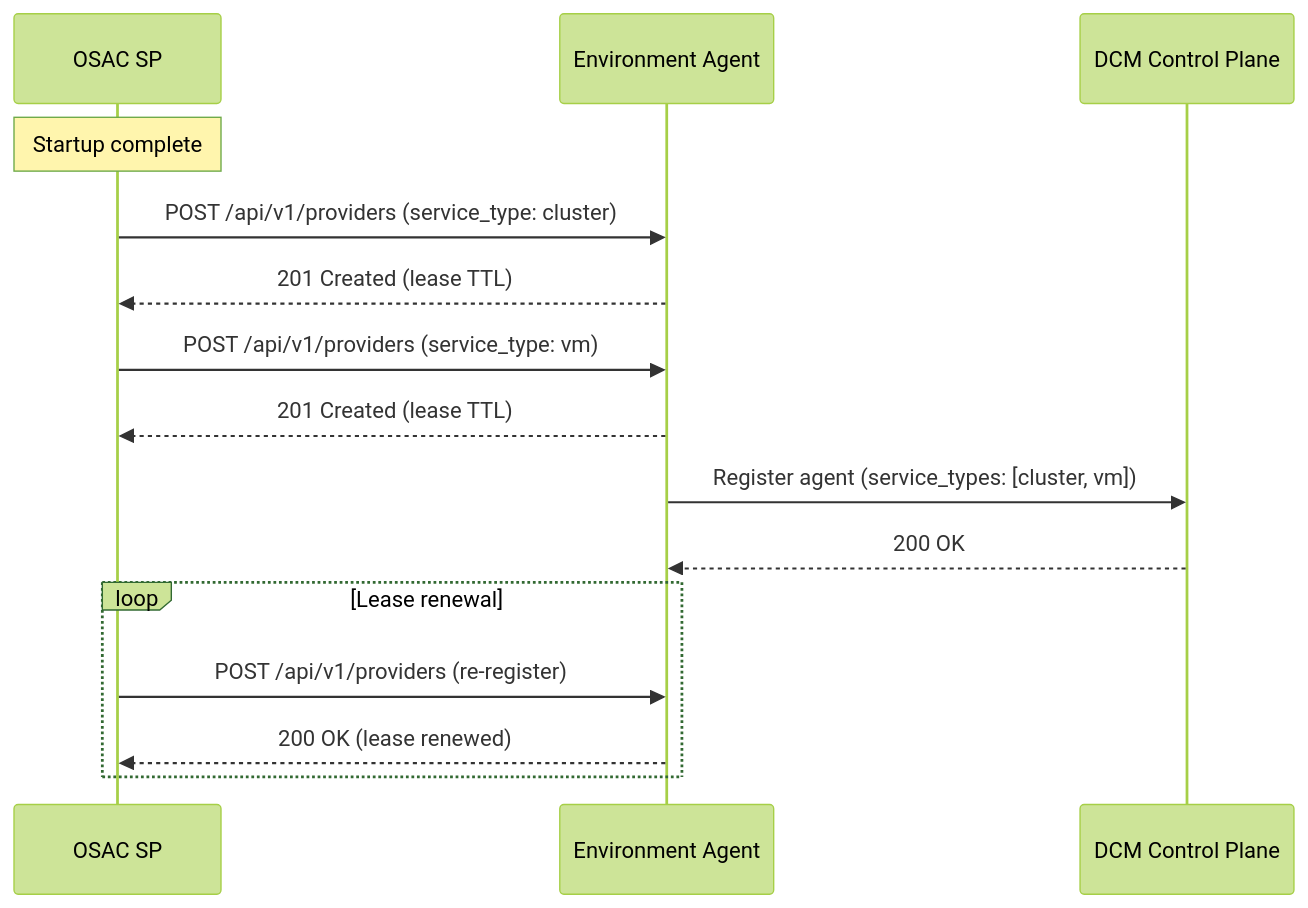
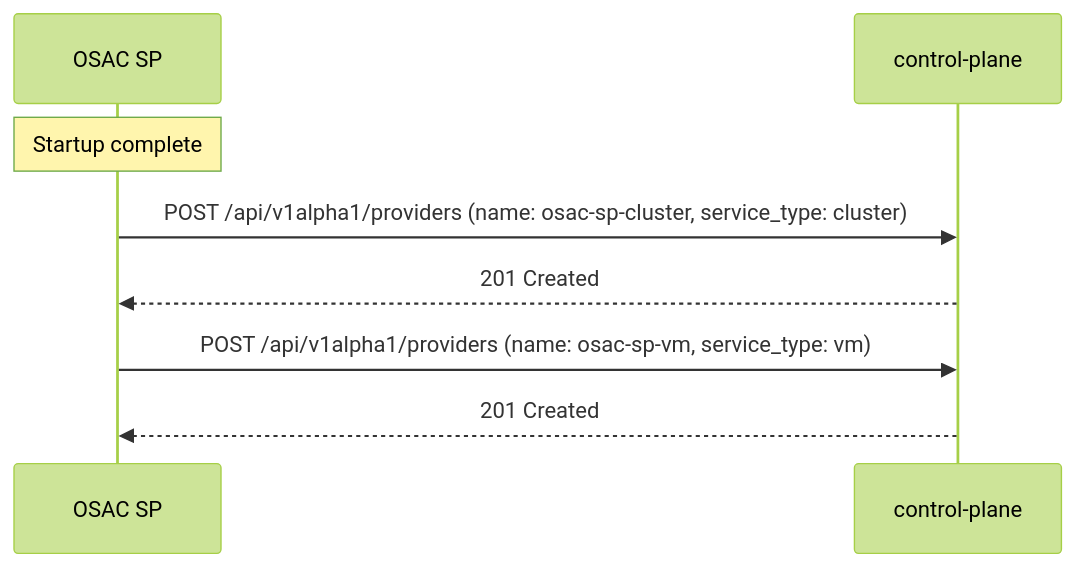
The third of 7 diagrams in enhancements/osac-sp/osac-sp.md (dcm-project/enhancements), drawn with Mermaid (forest theme) before and after one commit. The commit also changed other lines of this file, not shown here.

````diff
--- a/enhancements/osac-sp/osac-sp.md
+++ b/enhancements/osac-sp/osac-sp.md
@@ -261,19 +322,11 @@
 ```mermaid
 sequenceDiagram
     participant SP as OSAC SP
-    participant AG as Environment Agent
-    participant DCM as DCM Control Plane
+    participant CP as control-plane
 
     Note over SP: Startup complete
-    SP->>AG: POST /api/v1/providers (service_type: cluster)
-    AG-->>SP: 201 Created (lease TTL)
-    SP->>AG: POST /api/v1/providers (service_type: vm)
-    AG-->>SP: 201 Created (lease TTL)
-    AG->>DCM: Register agent (service_types: [cluster, vm])
-    DCM-->>AG: 200 OK
-
-    loop Lease renewal
-        SP->>AG: POST /api/v1/providers (re-register)
-        AG-->>SP: 200 OK (lease renewed)
-    end
+    SP->>CP: POST /api/v1alpha1/providers (name: osac-sp-cluster, service_type: cluster)
+    CP-->>SP: 201 Created
+    SP->>CP: POST /api/v1alpha1/providers (name: osac-sp-vm, service_type: vm)
+    CP-->>SP: 201 Created
 ```
````
